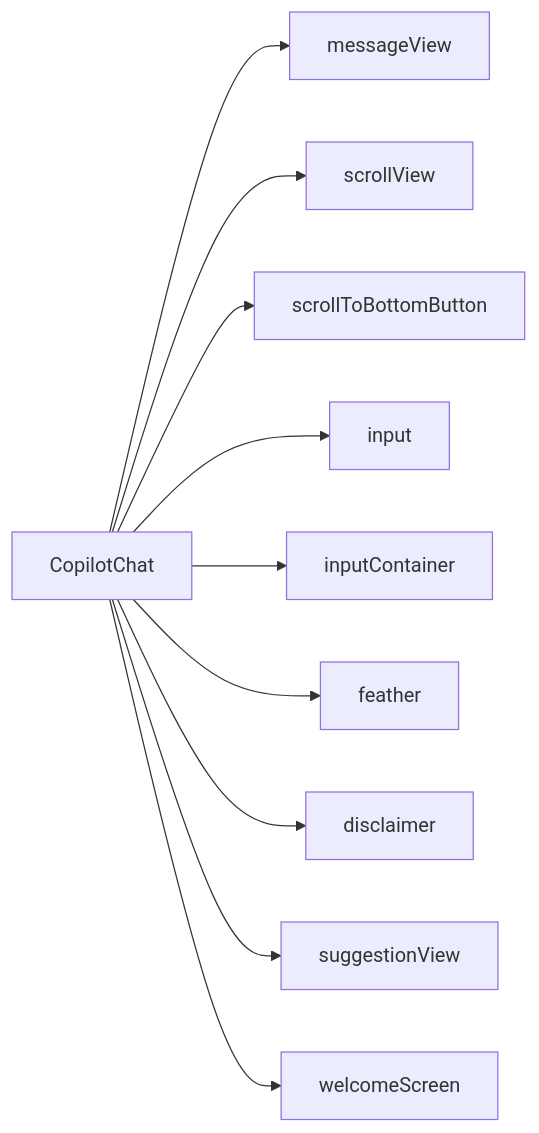
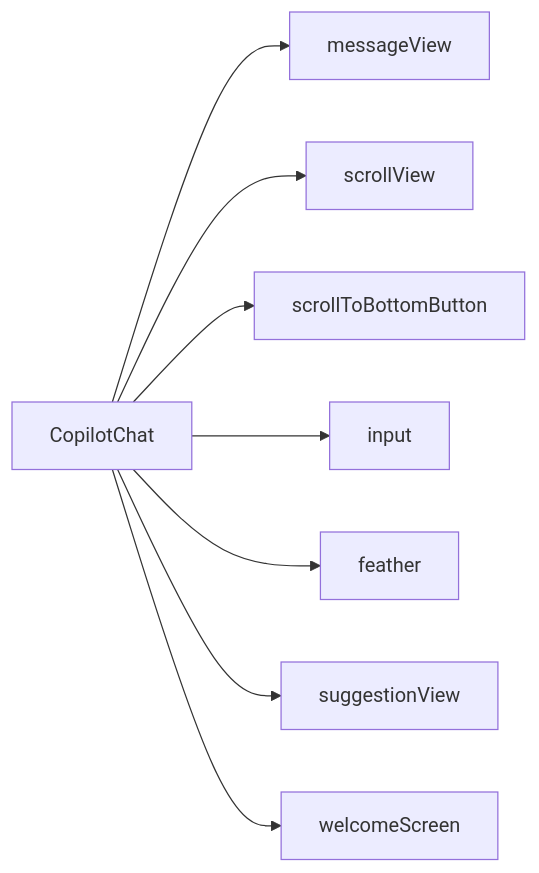
One commit to CopilotKit/CopilotKit changed the diagram in src/v2.x/apps/docs/reference/copilot-chat.mdx. Above: the diagram before and after it, drawn with Mermaid. The commit also changed other lines of this file and 8 other files, not shown here.

Commit message:
unify input and input container

````diff
--- a/src/v2.x/apps/docs/reference/copilot-chat.mdx
+++ b/src/v2.x/apps/docs/reference/copilot-chat.mdx
@@ -25,12 +25,10 @@
 ```mermaid
 graph LR
     CC[CopilotChat] --> messageView
     CC --> scrollView
     CC --> scrollToBottomButton
     CC --> input
-    CC --> inputContainer
     CC --> feather
-    CC --> disclaimer
     CC --> suggestionView
     CC --> welcomeScreen
 ```
````
